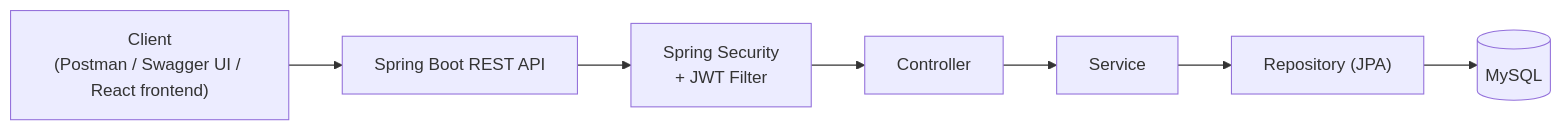
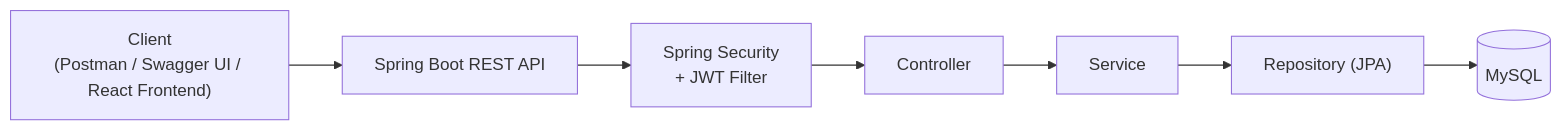
One commit to huenguyenkim/Taskflow changed the first of 3 diagrams in README.md. Above: the diagram before and after it, drawn with Mermaid. The commit also changed other lines of this file, not shown here.

````diff
--- a/README.md
+++ b/README.md
@@ -51,9 +91,17 @@
 ```mermaid
 flowchart LR
-    Client["Client<br/>(Postman / Swagger UI / React frontend)"] --> API["Spring Boot REST API"]
+
+    Client["Client<br/>(Postman / Swagger UI / React Frontend)"]
+
+    Client --> API["Spring Boot REST API"]
+
     API --> Security["Spring Security<br/>+ JWT Filter"]
+
     Security --> Controller["Controller"]
+
     Controller --> Service["Service"]
+
     Service --> Repository["Repository (JPA)"]
+
     Repository --> DB[("MySQL")]
 ```
````
